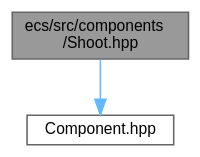
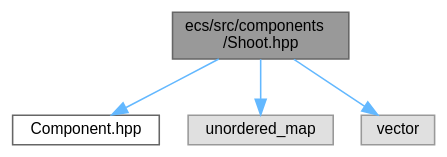
One commit to Houpsi/R-Type changed the diagram in Shoot_8hpp__incl.dot. Above: the diagram before and after it, drawn with Graphviz. The commit also changed 309 other files, not shown here.

```diff
--- a/Shoot_8hpp__incl.dot
+++ b/Shoot_8hpp__incl.dot
@@ -1,10 +1,14 @@
 digraph "ecs/src/components/Shoot.hpp"
 {
  // LATEX_PDF_SIZE
   bgcolor="transparent";
   edge [fontname=Helvetica,fontsize=10,labelfontname=Helvetica,labelfontsize=10];
   node [fontname=Helvetica,fontsize=10,shape=box,height=0.2,width=0.4];
   Node1 [id="Node000001",label="ecs/src/components\l/Shoot.hpp",height=0.2,width=0.4,color="gray40", fillcolor="grey60", style="filled", fontcolor="black",tooltip=" "];
   Node1 -> Node2 [id="edge1_Node000001_Node000002",color="steelblue1",style="solid",tooltip=" "];
   Node2 [id="Node000002",label="Component.hpp",height=0.2,width=0.4,color="grey40", fillcolor="white", style="filled",URL="$Component_8hpp.html",tooltip=" "];
+  Node1 -> Node3 [id="edge2_Node000001_Node000003",color="steelblue1",style="solid",tooltip=" "];
+  Node3 [id="Node000003",label="unordered_map",height=0.2,width=0.4,color="grey60", fillcolor="#E0E0E0", style="filled",tooltip=" "];
+  Node1 -> Node4 [id="edge3_Node000001_Node000004",color="steelblue1",style="solid",tooltip=" "];
+  Node4 [id="Node000004",label="vector",height=0.2,width=0.4,color="grey60", fillcolor="#E0E0E0", style="filled",tooltip=" "];
 }
```
